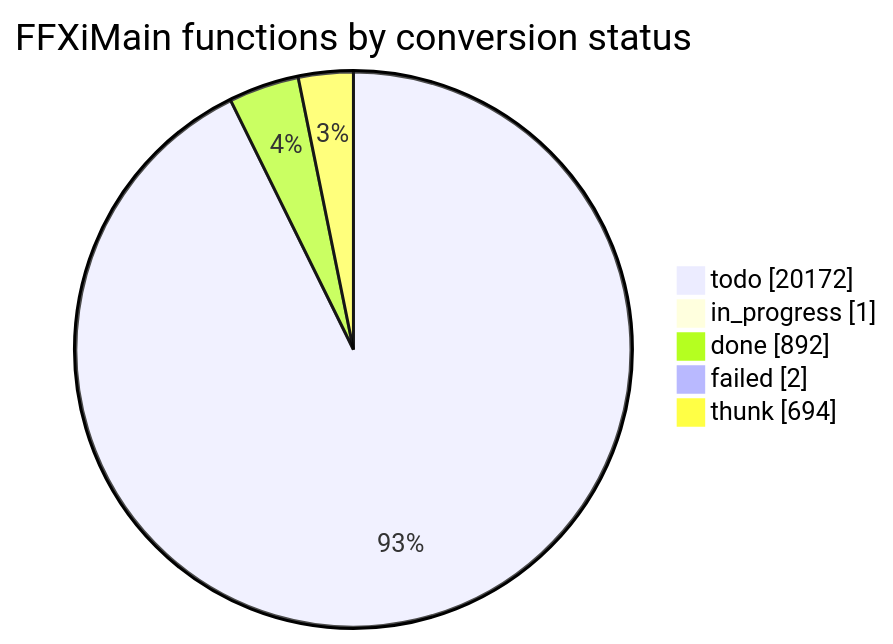
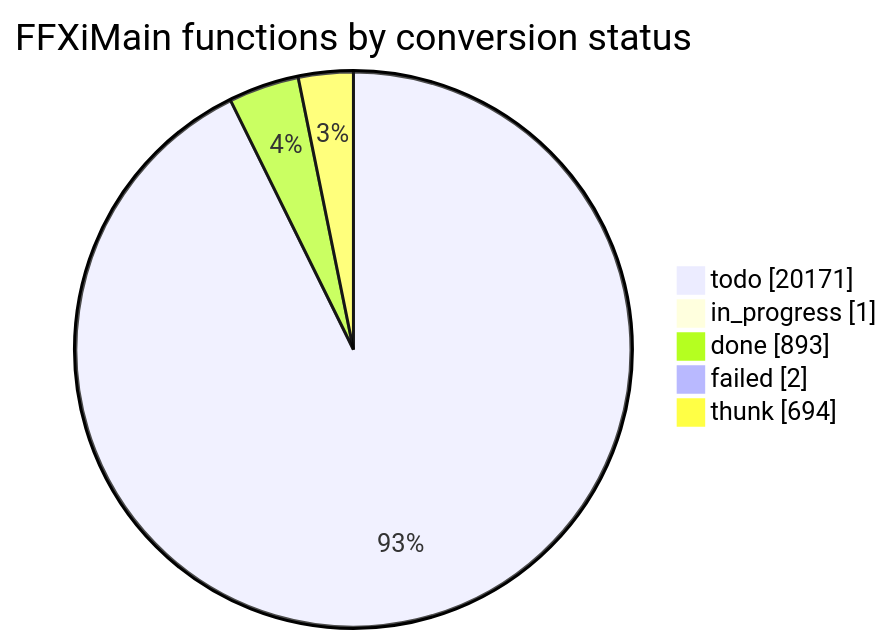
The diagram in docs/cow/STATUS.md (cowrevenge/cow_kuluu_xi_anything), drawn with Mermaid before and after one commit. The commit also changed other lines of this file and 9 other files, not shown here.

````diff
--- a/docs/cow/STATUS.md
+++ b/docs/cow/STATUS.md
@@ -18,9 +18,9 @@
 ```mermaid
 pie showData
     title FFXiMain functions by conversion status
-    "todo" : 20172
+    "todo" : 20171
     "in_progress" : 1
-    "done" : 892
+    "done" : 893
     "failed" : 2
     "thunk" : 694
 ```
````
